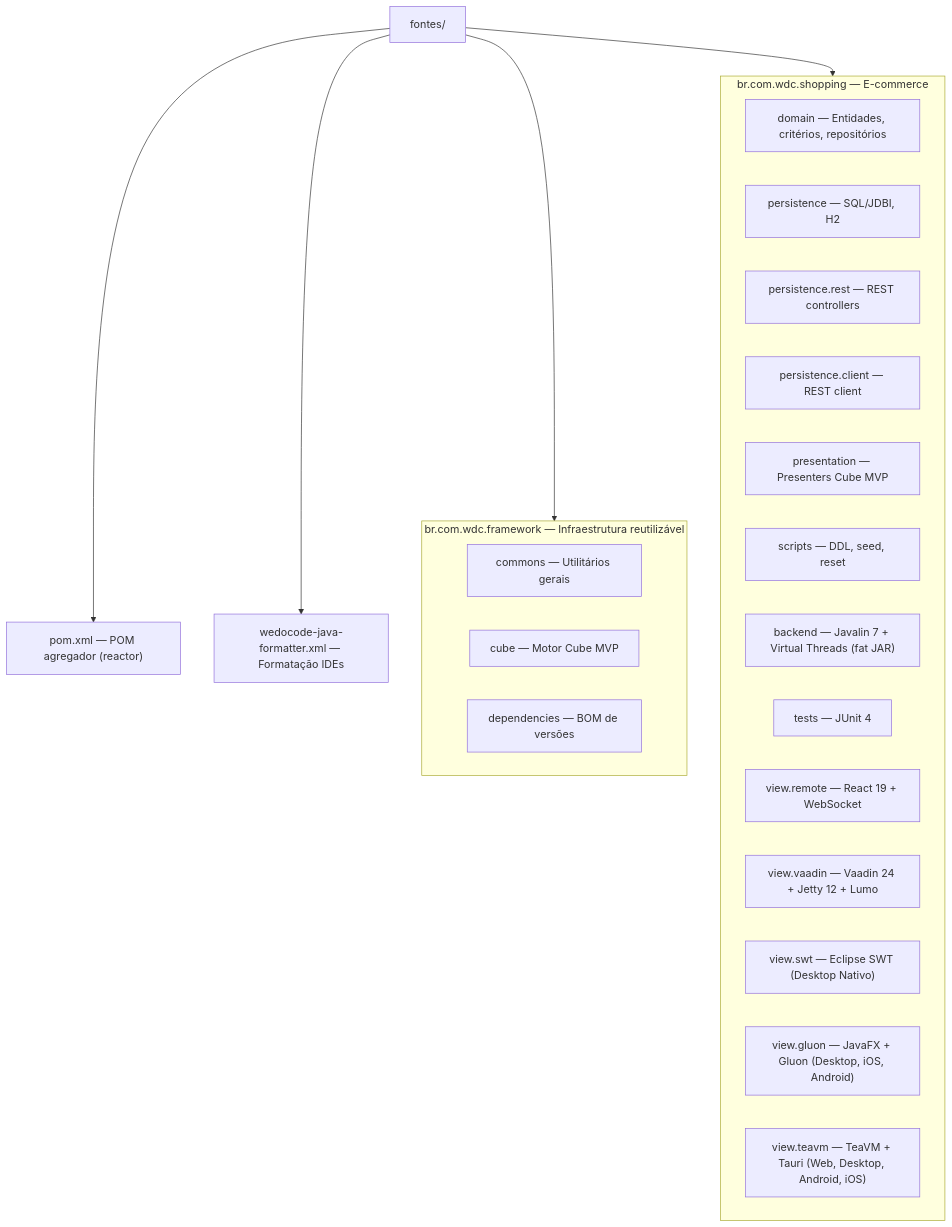
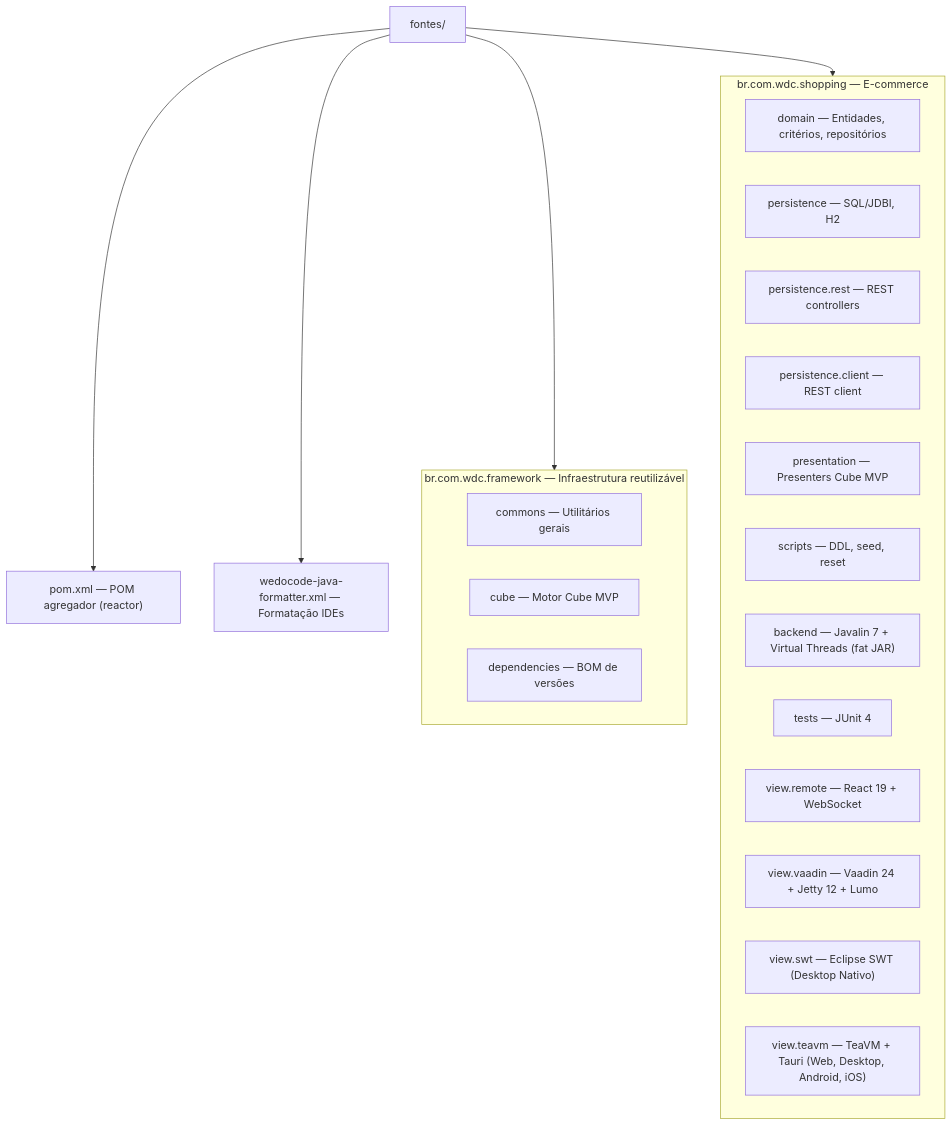
Before and after one commit to mrcdom/wdc-cube-java-v2: the diagram in fontes/README.md, drawn with Mermaid. The commit also changed other lines of this file and 86 other files, not shown here.

````diff
--- a/fontes/README.md
+++ b/fontes/README.md
@@ -9,33 +9,32 @@
 ```mermaid
 graph TD
     fontes["fontes/"]
     pom["pom.xml — POM agregador (reactor)"]
     formatter["wedocode-java-formatter.xml — Formatação IDEs"]
 
     subgraph Framework["br.com.wdc.framework — Infraestrutura reutilizável"]
         fwCommons["commons — Utilitários gerais"]
         fwCube["cube — Motor Cube MVP"]
         fwDeps["dependencies — BOM de versões"]
     end
 
     subgraph Shopping["br.com.wdc.shopping — E-commerce"]
         domain["domain — Entidades, critérios, repositórios"]
         persistence["persistence — SQL/JDBI, H2"]
         persistRest["persistence.rest — REST controllers"]
         persistClient["persistence.client — REST client"]
         presentation["presentation — Presenters Cube MVP"]
         scripts["scripts — DDL, seed, reset"]
         backend["backend — Javalin 7 + Virtual Threads (fat JAR)"]
         tests["tests — JUnit 4"]
         viewReact["view.remote — React 19 + WebSocket"]
         viewVaadin["view.vaadin — Vaadin 24 + Jetty 12 + Lumo"]
         viewSwt["view.swt — Eclipse SWT (Desktop Nativo)"]
-        viewGluon["view.gluon — JavaFX + Gluon (Desktop, iOS, Android)"]
         viewTeavm["view.teavm — TeaVM + Tauri (Web, Desktop, Android, iOS)"]
     end
 
     fontes --> pom
     fontes --> formatter
     fontes --> Framework
     fontes --> Shopping
 ```
````
